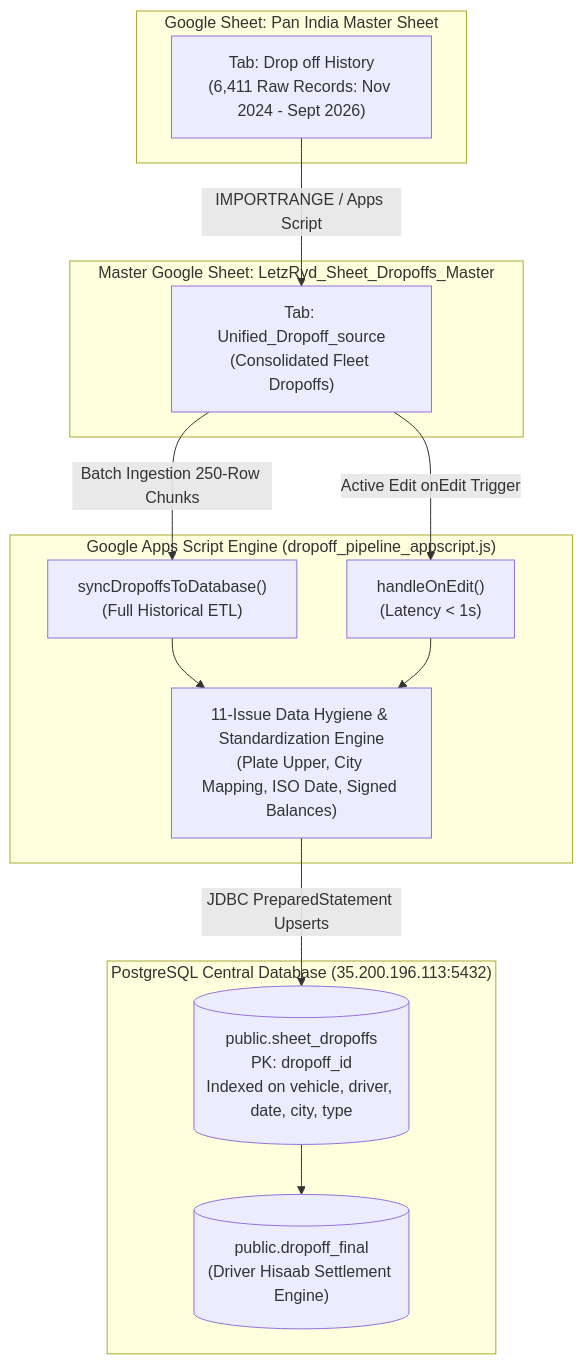
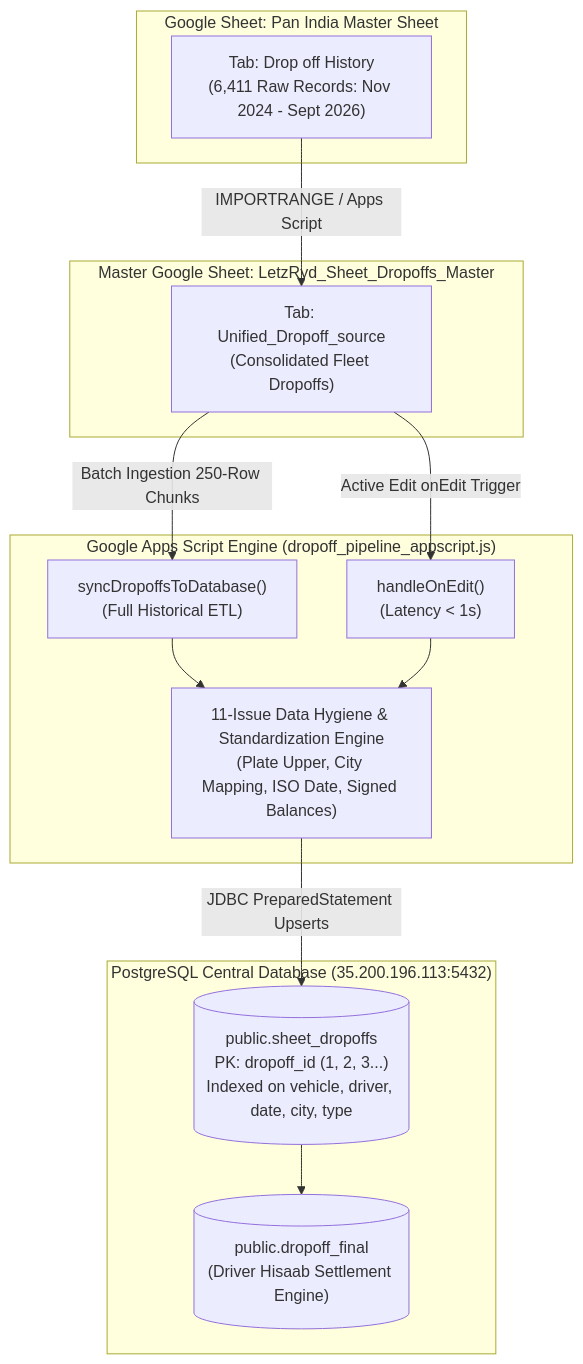
One commit to aayush-letzryd/backend changed the diagram in Vehicle Dropoff Google Sheet/README.md. Above: the diagram before and after it, drawn with Mermaid. The commit also changed other lines of this file, not shown here.

Commit message:
docs(dropoffs): update README.md to reflect clean integer dropoff_id primary key

````diff
--- a/Vehicle Dropoff Google Sheet/README.md
+++ b/Vehicle Dropoff Google Sheet/README.md
@@ -32,23 +32,23 @@
 ```mermaid
 flowchart TD
     subgraph RawSource ["Google Sheet: Pan India Master Sheet"]
         D1["Tab: Drop off History<br>(6,411 Raw Records: Nov 2024 - Sept 2026)"]
     end
 
     subgraph MasterConsolidation ["Master Google Sheet: LetzRyd_Sheet_Dropoffs_Master"]
         D1 -->|IMPORTRANGE / Apps Script| U["Tab: Unified_Dropoff_source<br>(Consolidated Fleet Dropoffs)"]
     end
 
     subgraph PipelineEngine ["Google Apps Script Engine (dropoff_pipeline_appscript.js)"]
         U -->|Batch Ingestion 250-Row Chunks| M["syncDropoffsToDatabase()<br>(Full Historical ETL)"]
         U -->|Active Edit onEdit Trigger| OE["handleOnEdit()<br>(Latency &lt; 1s)"]
         
         M --> S["11-Issue Data Hygiene & Standardization Engine<br>(Plate Upper, City Mapping, ISO Date, Signed Balances)"]
         OE --> S
     end
 
     subgraph DatabaseLayer ["PostgreSQL Central Database (35.200.196.113:5432)"]
-        S -->|JDBC PreparedStatement Upserts| DB[("public.sheet_dropoffs<br>PK: dropoff_id<br>Indexed on vehicle, driver, date, city, type")]
+        S -->|JDBC PreparedStatement Upserts| DB[("public.sheet_dropoffs<br>PK: dropoff_id (1, 2, 3...)<br>Indexed on vehicle, driver, date, city, type")]
         DB --> F[("public.dropoff_final<br>(Driver Hisaab Settlement Engine)")]
     end
 ```
````
